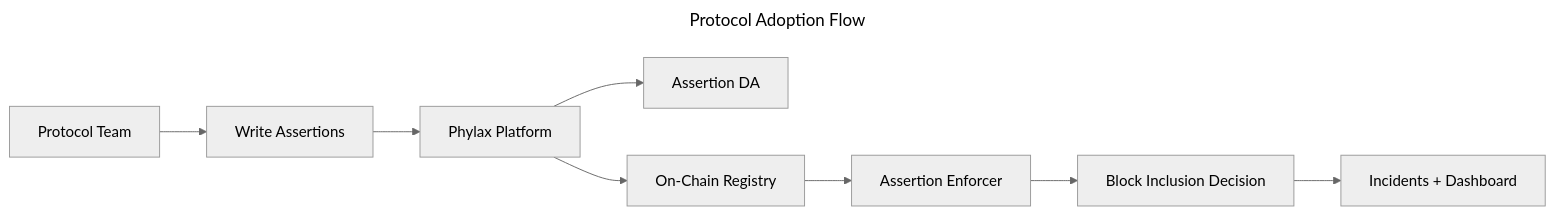
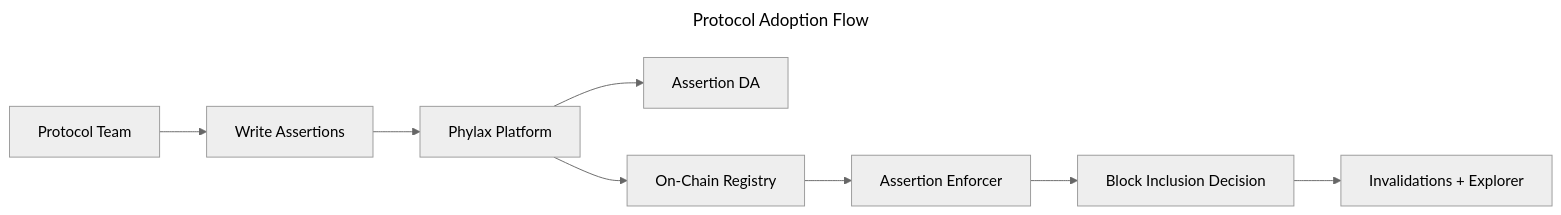
One commit to phylaxsystems/phylax-docs changed the diagram in credible/dapp-integration.mdx. Above: the diagram before and after it, drawn with Mermaid (neutral theme). The commit also changed other lines of this file and 21 other files, not shown here.

````diff
--- a/credible/dapp-integration.mdx
+++ b/credible/dapp-integration.mdx
@@ -28,13 +28,13 @@
 ```mermaid
 ---
 title: Protocol Adoption Flow
 ---
 flowchart LR
   Dev[Protocol Team] --> Assertion[Write Assertions]
   Assertion --> Platform[Phylax Platform]
   Platform --> DA[Assertion DA]
   Platform --> Registry[On-Chain Registry]
   Registry --> Enforcer[Assertion Enforcer]
   Enforcer --> Outcome[Block Inclusion Decision]
-  Outcome --> Incidents[Incidents + Dashboard]
+  Outcome --> Invalidations[Invalidations + Explorer]
 ```
````
